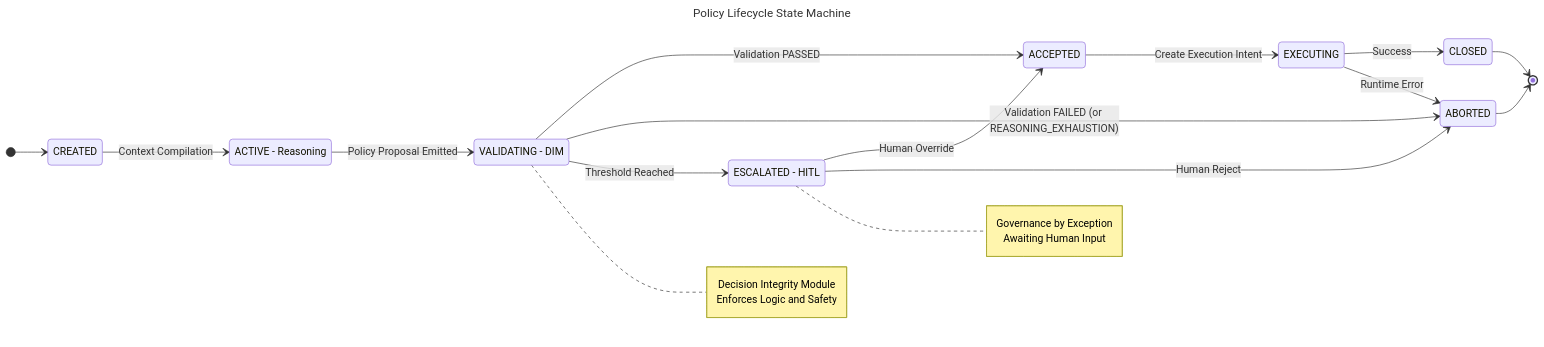
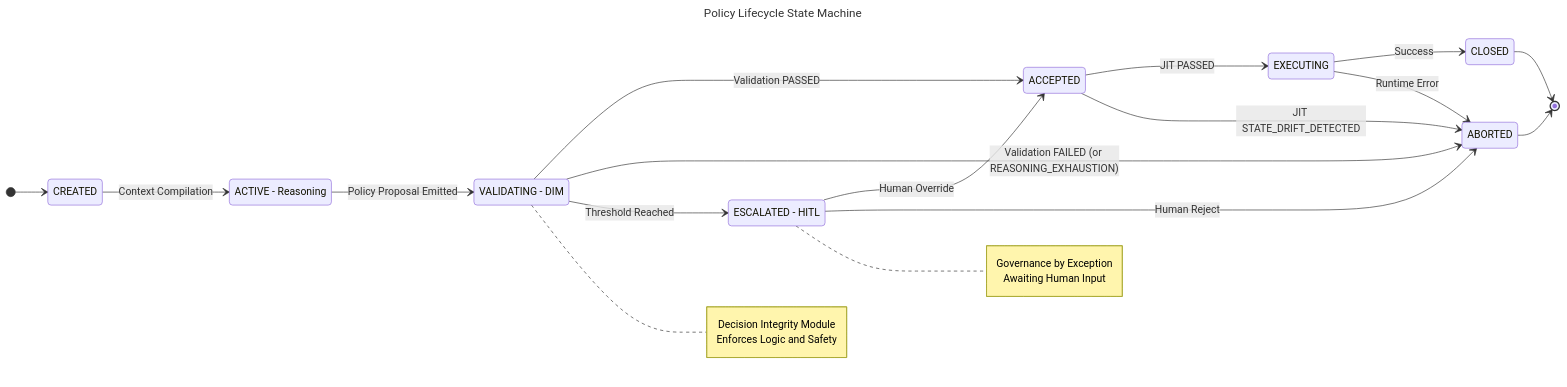
The eighth of 20 diagrams in docs/07-dir-minified/DIR-minified.md (huka81/decision-intelligence-runtime), drawn with Mermaid before and after one commit. The commit also changed other lines of this file, not shown here.

First line of the commit message:
fix(DIR-minified): resolve logical inconsistencies in architecture spec

````diff
--- a/docs/07-dir-minified/DIR-minified.md
+++ b/docs/07-dir-minified/DIR-minified.md
@@ -985,47 +992,48 @@
 ```mermaid
 ---
 title: Policy Lifecycle State Machine
 config:
   look: classic
 ---
 stateDiagram-v2
     direction LR
 
     state "CREATED" as Created
     state "ACTIVE  -  Reasoning" as Active
     state "VALIDATING  -  DIM" as Validating
     state "ESCALATED  -  HITL" as Escalated
     state "ACCEPTED" as Accepted
     state "EXECUTING" as Executing
     state "CLOSED" as Closed
     state "ABORTED" as Aborted
 
     [*] --> Created
     Created --> Active : Context Compilation
 
     Active --> Validating : Policy Proposal Emitted
 
     Validating --> Accepted : Validation PASSED
     Validating --> Aborted : Validation FAILED (or REASONING_EXHAUSTION)
     Validating --> Escalated : Threshold Reached
 
     Escalated --> Accepted : Human Override
     Escalated --> Aborted : Human Reject
 
-    Accepted --> Executing : Create Execution Intent
+    Accepted --> Executing : JIT PASSED
+    Accepted --> Aborted   : JIT STATE_DRIFT_DETECTED
     Executing --> Closed : Success
     Executing --> Aborted : Runtime Error
 
     Closed --> [*]
     Aborted --> [*]
 
     note right of Validating
         Decision Integrity Module
         Enforces Logic and Safety
     end note
 
     note right of Escalated
         Governance by Exception
         Awaiting Human Input
     end note
 ```
````
